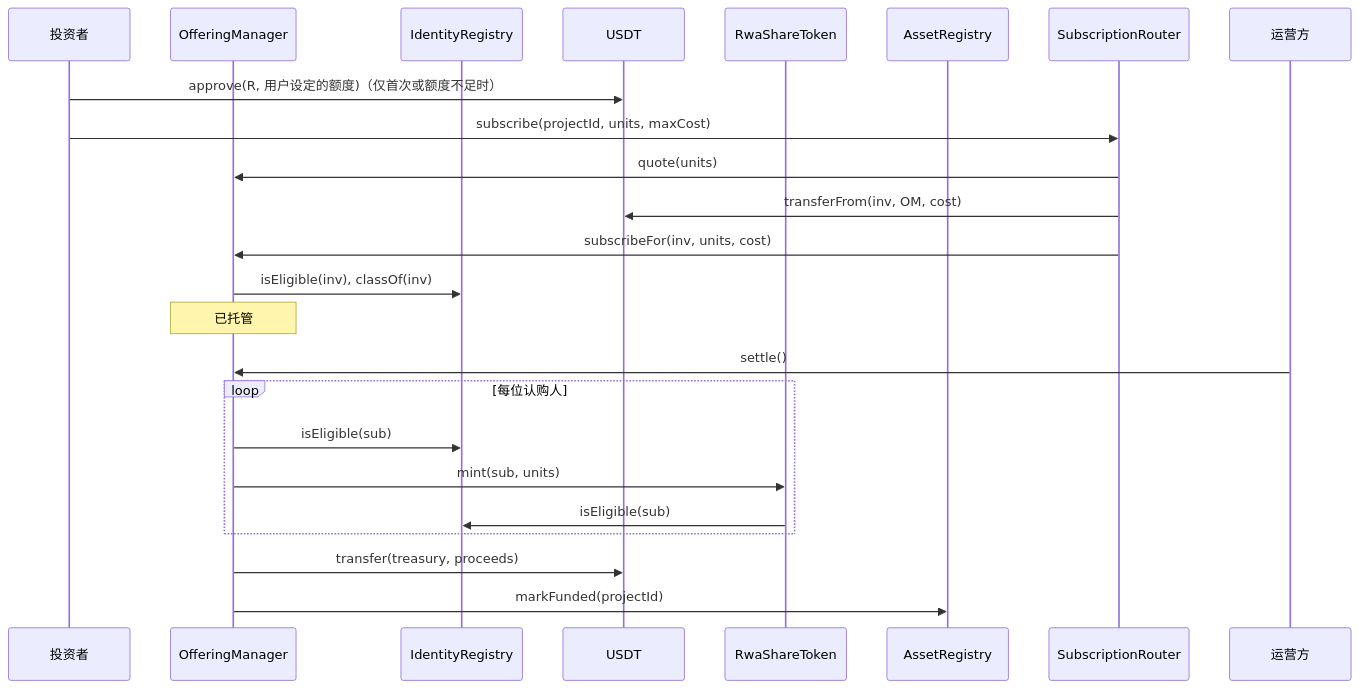
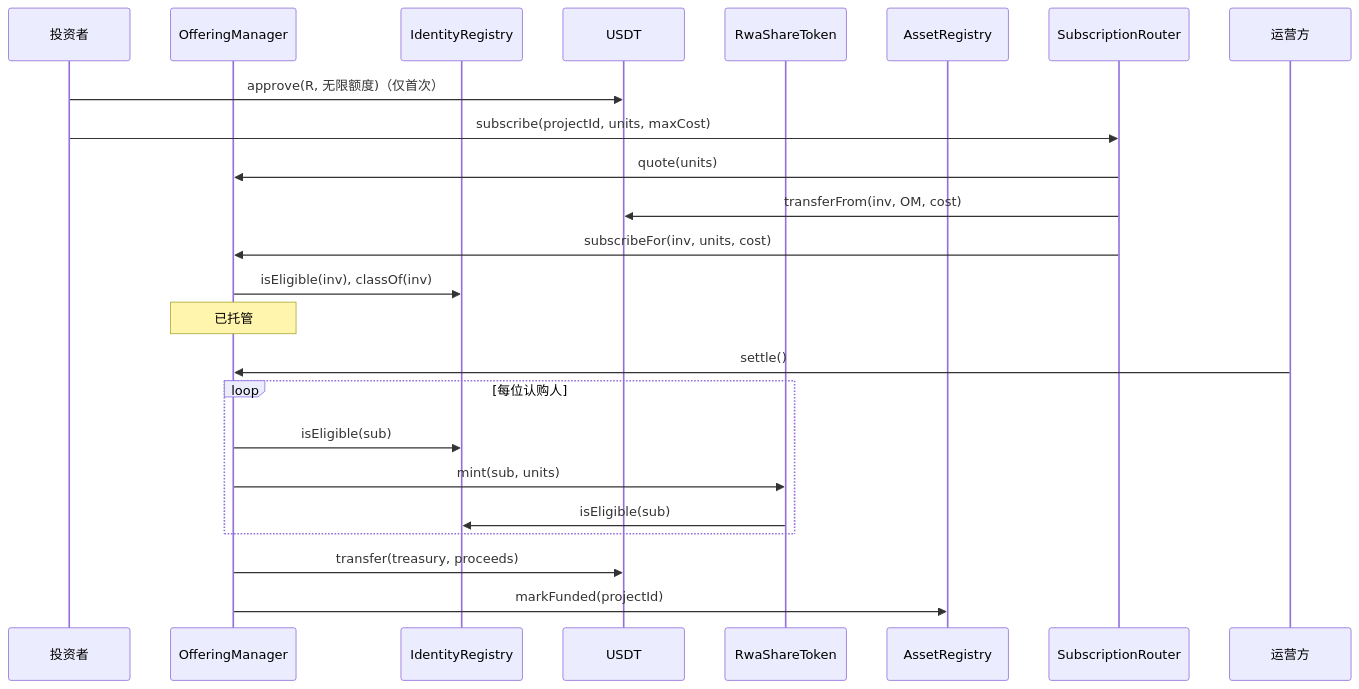
One commit to AgntSpark1/Roboshare changed the first of 2 diagrams in docs/SMART_CONTRACT_SPEC.md. Above: the diagram before and after it, drawn with Mermaid. The commit also changed other lines of this file and 4 other files, not shown here.

````diff
--- a/docs/SMART_CONTRACT_SPEC.md
+++ b/docs/SMART_CONTRACT_SPEC.md
@@ -354,26 +354,26 @@
 ```mermaid
 sequenceDiagram
   participant Inv as 投资者
   participant OM as OfferingManager
   participant IR as IdentityRegistry
   participant SC as USDT
   participant T as RwaShareToken
   participant AR as AssetRegistry
   participant R as SubscriptionRouter
-  Inv->>SC: approve(R, 用户设定的额度)（仅首次或额度不足时）
+  Inv->>SC: approve(R, 无限额度)（仅首次）
   Inv->>R: subscribe(projectId, units, maxCost)
   R->>OM: quote(units)
   R->>SC: transferFrom(inv, OM, cost)
   R->>OM: subscribeFor(inv, units, cost)
   OM->>IR: isEligible(inv), classOf(inv)
   Note over OM: 已托管
   participant Op as 运营方
   Op->>OM: settle()
   loop 每位认购人
     OM->>IR: isEligible(sub)
     OM->>T: mint(sub, units)
     T->>IR: isEligible(sub)
   end
   OM->>SC: transfer(treasury, proceeds)
   OM->>AR: markFunded(projectId)
 ```
````
